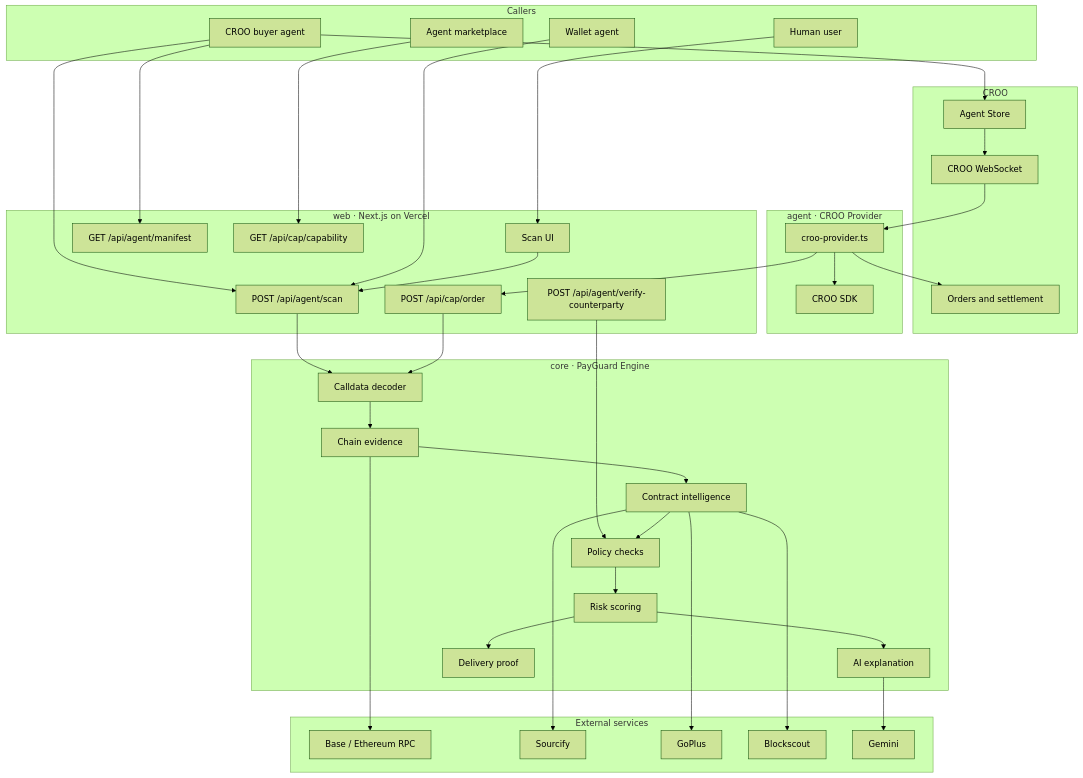
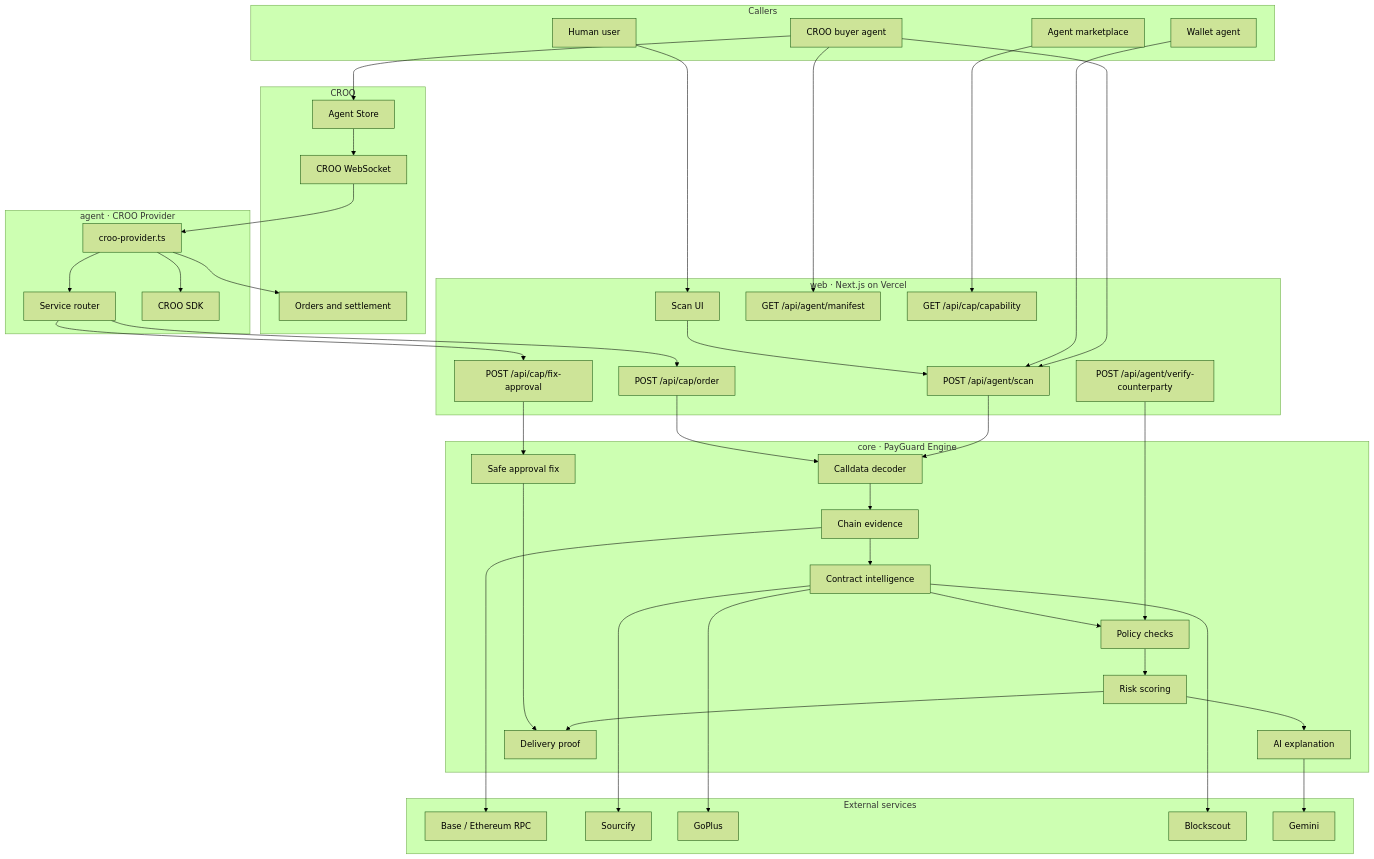
The diagram in README.md (Adeel91/payguard), drawn with Mermaid (forest theme) before and after one commit. The commit also changed other lines of this file, not shown here.

```diff
--- a/README.md
+++ b/README.md
@@ -492,6 +712,7 @@
 
     subgraph Provider["agent · CROO Provider"]
         WORKER["croo-provider.ts"]
+        ROUTER["Service router"]
         SDK["CROO SDK"]
     end
 
@@ -502,6 +723,7 @@
         VERIFY["POST /api/agent/verify-counterparty"]
         CAPABILITY["GET /api/cap/capability"]
         ORDER["POST /api/cap/order"]
+        FIX["POST /api/cap/fix-approval"]
     end
 
     subgraph Core["core · PayGuard Engine"]
@@ -510,6 +732,7 @@
         CONTRACT["Contract intelligence"]
         POLICY["Policy checks"]
         SCORE["Risk scoring"]
+        FIXER["Safe approval fix"]
         AI["AI explanation"]
         PROOF["Delivery proof"]
     end
@@ -526,8 +749,11 @@
     BUYER --> STORE
     STORE --> WS
     WS --> WORKER
+    WORKER --> ROUTER
+    ROUTER --> ORDER
+    ROUTER --> FIX
     WORKER --> SDK
-    WORKER --> ORDER
+
     BUYER --> MANIFEST
     BUYER --> SCAN
     WALLET --> SCAN
@@ -536,6 +762,7 @@
     UI --> SCAN
     SCAN --> DECODER
     ORDER --> DECODER
+    FIX --> FIXER
     VERIFY --> POLICY
 
     DECODER --> EVIDENCE
@@ -544,6 +771,7 @@
     POLICY --> SCORE
     SCORE --> AI
     SCORE --> PROOF
+    FIXER --> PROOF
 
     EVIDENCE --> RPC
     CONTRACT --> SOURCIFY
```
